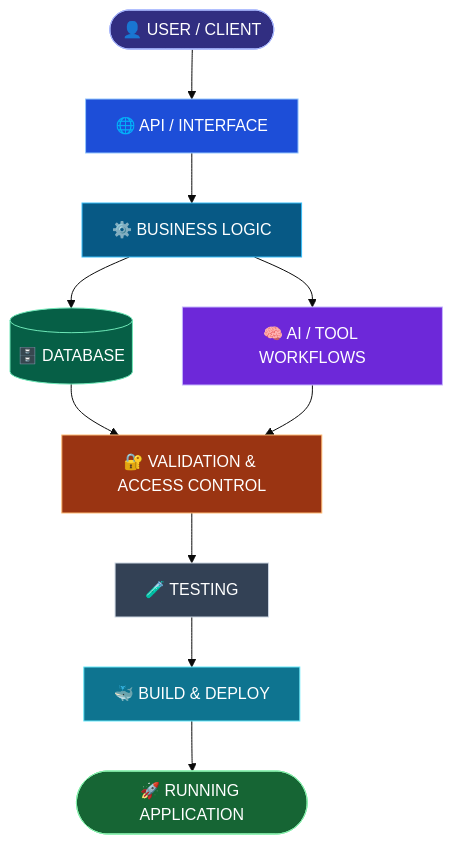
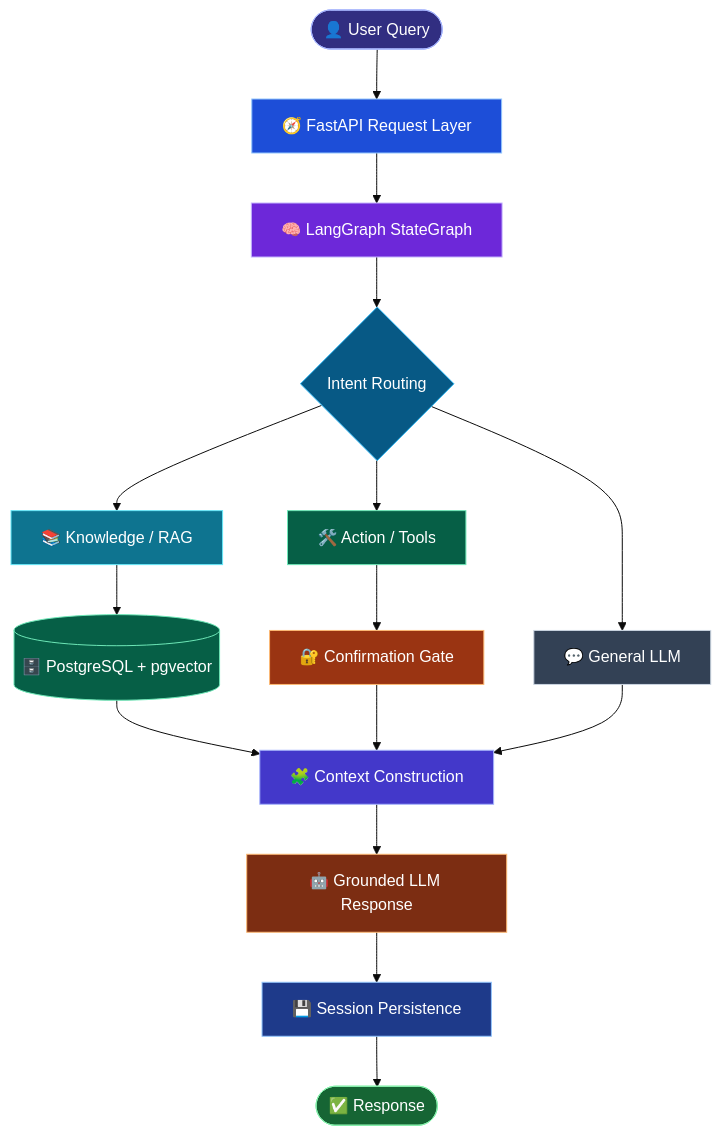
Before and after one commit to Aravindan-001/Aravindan-001: the diagram in README.md, drawn with Mermaid (base theme). The commit also changed other lines of this file, not shown here.

````diff
--- a/README.md
+++ b/README.md
@@ -273,22 +458,31 @@
 ```mermaid
 flowchart TD
-    A(["👤 USER / CLIENT"]) --> B["🌐 API / INTERFACE"]
-    B --> C["⚙️ BUSINESS LOGIC"]
-    C --> D[("🗄️ DATABASE")]
-    C --> E["🧠 AI / TOOL WORKFLOWS"]
-    D --> F["🔐 VALIDATION & ACCESS CONTROL"]
-    E --> F
-    F --> G["🧪 TESTING"]
-    G --> H["🐳 BUILD & DEPLOY"]
-    H --> I(["🚀 RUNNING APPLICATION"])
+    U(["👤 User Query"]) --> R["🧭 FastAPI Request Layer"]
+    R --> S["🧠 LangGraph StateGraph"]
+    S --> D{"Intent Routing"}
+    D --> K["📚 Knowledge / RAG"]
+    D --> A["🛠️ Action / Tools"]
+    D --> G["💬 General LLM"]
+    K --> V[("🗄️ PostgreSQL + pgvector")]
+    A --> C["🔐 Confirmation Gate"]
+    V --> O["🧩 Context Construction"]
+    C --> O
+    G --> O
+    O --> L["🤖 Grounded LLM Response"]
+    L --> P["💾 Session Persistence"]
+    P --> X(["✅ Response"])
 
-    style A fill:#312E81,color:#FFFFFF,stroke:#A5B4FC
-    style B fill:#1D4ED8,color:#FFFFFF,stroke:#93C5FD
-    style C fill:#075985,color:#FFFFFF,stroke:#38BDF8
-    style D fill:#065F46,color:#FFFFFF,stroke:#6EE7B7
-    style E fill:#6D28D9,color:#FFFFFF,stroke:#C4B5FD
-    style F fill:#9A3412,color:#FFFFFF,stroke:#FDBA74
+    style U fill:#312E81,color:#FFFFFF,stroke:#A5B4FC
+    style R fill:#1D4ED8,color:#FFFFFF,stroke:#93C5FD
+    style S fill:#6D28D9,color:#FFFFFF,stroke:#C4B5FD
+    style D fill:#075985,color:#FFFFFF,stroke:#38BDF8
+    style K fill:#0E7490,color:#FFFFFF,stroke:#67E8F9
+    style A fill:#065F46,color:#FFFFFF,stroke:#6EE7B7
     style G fill:#334155,color:#FFFFFF,stroke:#CBD5E1
-    style H fill:#0E7490,color:#FFFFFF,stroke:#67E8F9
-    style I fill:#166534,color:#FFFFFF,stroke:#86EFAC
+    style V fill:#065F46,color:#FFFFFF,stroke:#6EE7B7
+    style C fill:#9A3412,color:#FFFFFF,stroke:#FDBA74
+    style O fill:#4338CA,color:#FFFFFF,stroke:#A5B4FC
+    style L fill:#7C2D12,color:#FFFFFF,stroke:#FDBA74
+    style P fill:#1E3A8A,color:#FFFFFF,stroke:#93C5FD
+    style X fill:#166534,color:#FFFFFF,stroke:#86EFAC
 ```
````
